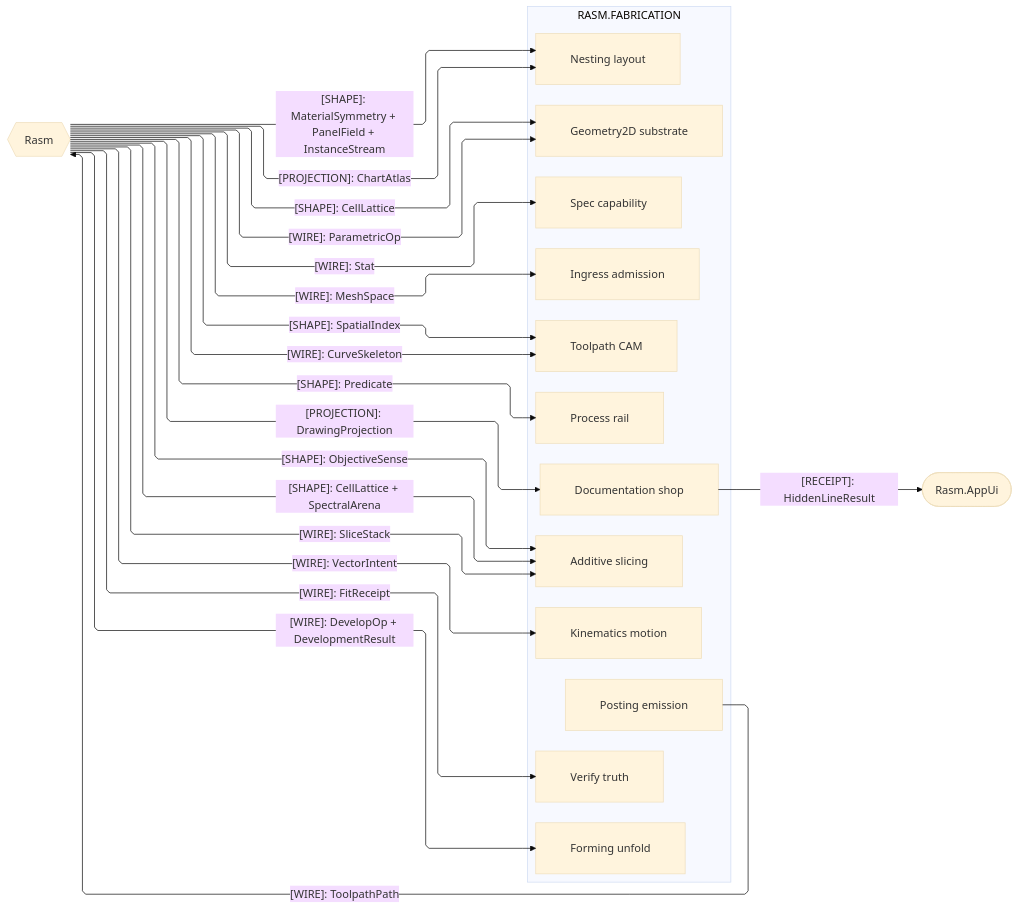
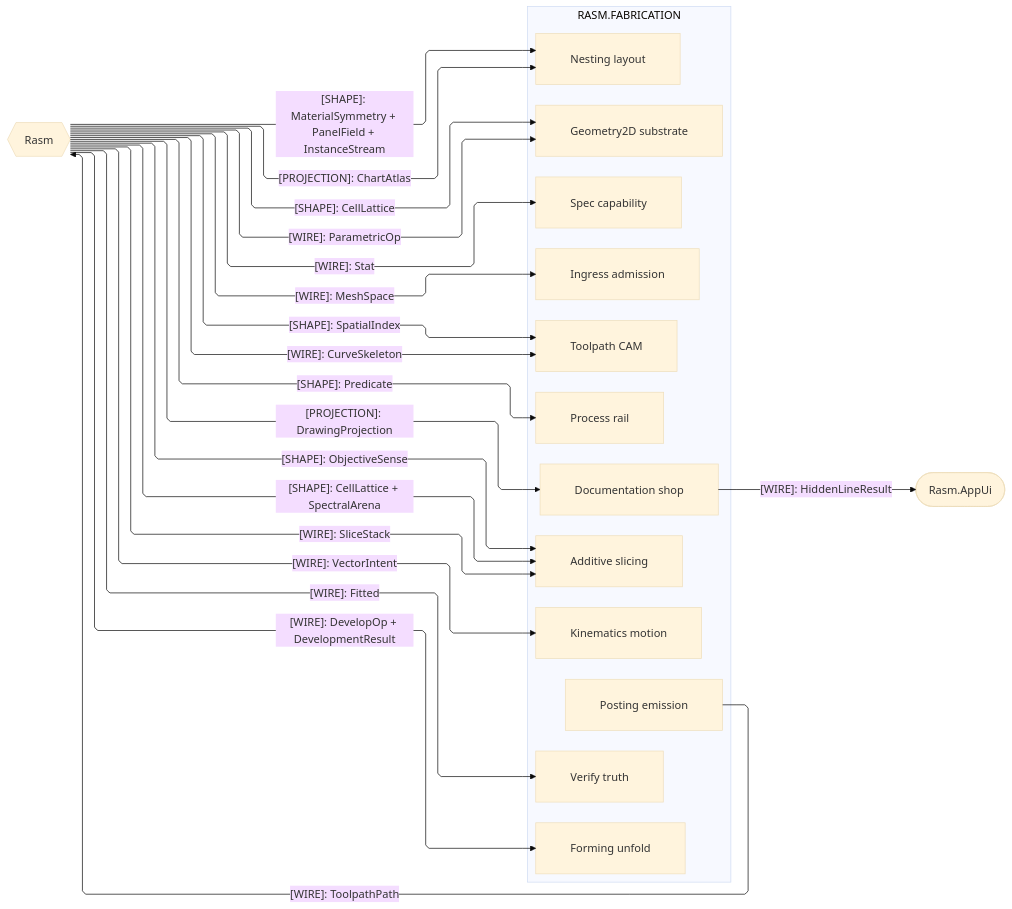
One commit to bsamiee/Rasm changed the third of 4 diagrams in libs/dotnet/Rasm.Fabrication/ARCHITECTURE.md. Above: the diagram before and after it, drawn with Mermaid (base theme). The commit also changed other lines of this file and 1417 other files, not shown here.

````diff
--- a/libs/dotnet/Rasm.Fabrication/ARCHITECTURE.md
+++ b/libs/dotnet/Rasm.Fabrication/ARCHITECTURE.md
@@ -228,46 +227,46 @@
 ```mermaid
 ---
 config:
   layout: elk
   flowchart:
     curve: linear
     padding: 25
 ---
 flowchart LR
     accTitle: Fabrication kernel and platform seams
     accDescr: Which contracts cross between Fabrication, the kernel substrate, and the app-platform UI, one labeled edge per family.
     subgraph fabrication[RASM.FABRICATION]
         Process[Process rail]
         Ingress[Ingress admission]
         Geometry2D[Geometry2D substrate]
         Toolpath[Toolpath CAM]
         Additive[Additive slicing]
         Forming[Forming unfold]
         Kinematics[Kinematics motion]
         Nesting[Nesting layout]
         Spec[Spec capability]
         Verify[Verify truth]
         Documentation[Documentation shop]
         Posting[Posting emission]
     end
     Rasm{{Rasm}}
     AppUi([Rasm.AppUi])
     Rasm e1@-->|"[SHAPE]: Predicate"| Process
     Rasm e2@-->|"[WIRE]: MeshSpace"| Ingress
     Rasm e3@-->|"[WIRE]: ParametricOp"| Geometry2D
     Rasm e4@-->|"[WIRE]: CurveSkeleton"| Toolpath
     Rasm e5@-->|"[WIRE]: SliceStack"| Additive
     Rasm e6@-->|"[WIRE]: DevelopOp + DevelopmentResult"| Forming
     Rasm e7@-->|"[WIRE]: VectorIntent"| Kinematics
     Rasm e8@-->|"[PROJECTION]: ChartAtlas"| Nesting
     Rasm e9@-->|"[WIRE]: Stat"| Spec
-    Rasm e10@-->|"[WIRE]: FitReceipt"| Verify
+    Rasm e10@-->|"[WIRE]: Fitted"| Verify
     Rasm e11@-->|"[PROJECTION]: DrawingProjection"| Documentation
     Posting e12@-->|"[WIRE]: ToolpathPath"| Rasm
-    Documentation e13@-->|"[RECEIPT]: HiddenLineResult"| AppUi
+    Documentation e13@-->|"[WIRE]: HiddenLineResult"| AppUi
     Rasm e14@-->|"[SHAPE]: SpatialIndex"| Toolpath
     Rasm e15@-->|"[SHAPE]: CellLattice + SpectralArena"| Additive
     Rasm e16@-->|"[SHAPE]: CellLattice"| Geometry2D
     Rasm e17@-->|"[SHAPE]: ObjectiveSense"| Additive
     Rasm e18@-->|"[SHAPE]: MaterialSymmetry + PanelField + InstanceStream"| Nesting
 ```
````
